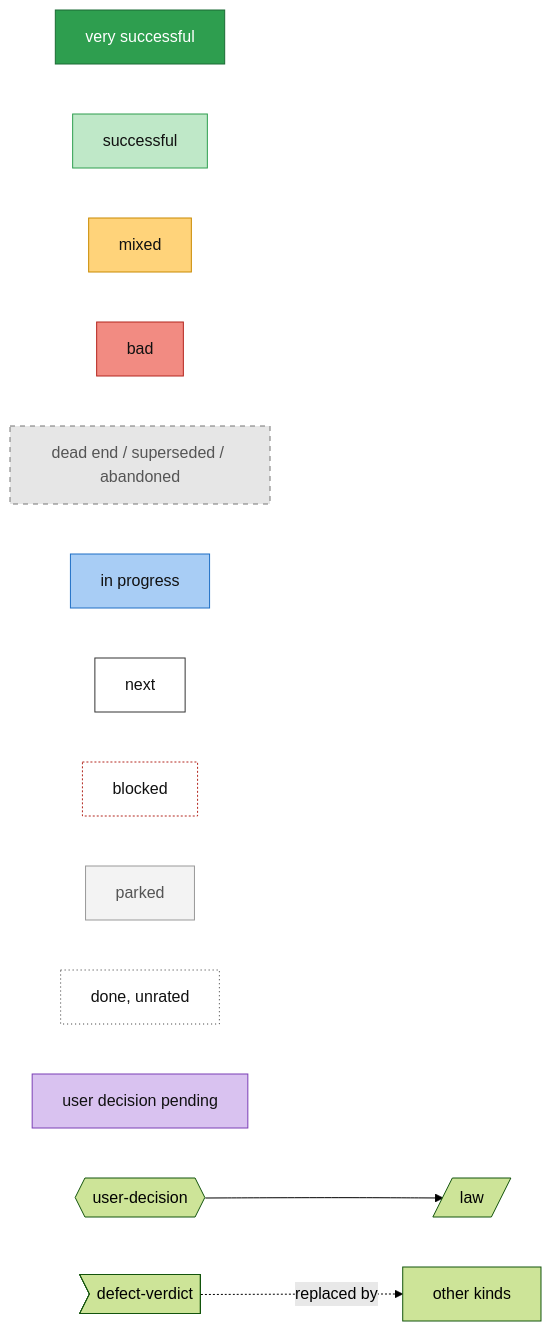
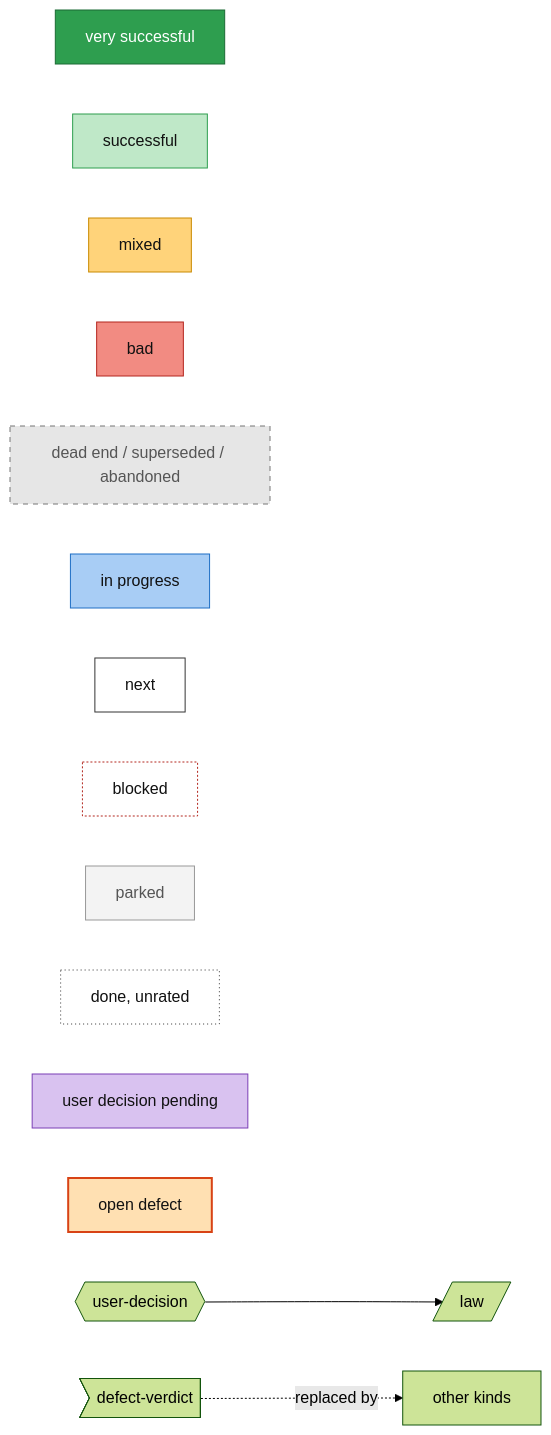
The first of 14 diagrams in docs/roadmap.md (lhns/raptorpath), drawn with Mermaid (forest theme) before and after one commit. The commit also changed other lines of this file and 4 other files, not shown here.

Commit message:
roadmap: reviewed tree - 214 nodes (176 history, 38 forward), plain-language sentences, VM queue as order, open defects, coverage of every plan item; readiness: an open defect does not block its diagnosis

````diff
--- a/docs/roadmap.md
+++ b/docs/roadmap.md
@@ -20,43 +20,46 @@
 ```mermaid
 flowchart LR
     lg_vsucc["very successful"]
     lg_succ["successful"]
     lg_mixed["mixed"]
     lg_bad["bad"]
     lg_dead["dead end / superseded / abandoned"]
     lg_inprog["in progress"]
     lg_next["next"]
     lg_blocked["blocked"]
     lg_parked["parked"]
     lg_unrated["done, unrated"]
     lg_userdec["user decision pending"]
+    lg_defect["open defect"]
     lg_k1{{"user-decision"}}
     lg_k2[/"law"/]
     lg_k3>"defect-verdict"]
     lg_k4["other kinds"]
     lg_k1 --> lg_k2
     lg_k3 -.->|replaced by| lg_k4
     classDef vsucc fill:#2e9e4f,stroke:#1b6b34,color:#fff
     classDef succ fill:#bfe8c8,stroke:#2e9e4f,color:#111
     classDef mixed fill:#ffd37a,stroke:#c98a00,color:#111
     classDef bad fill:#f28b82,stroke:#b3261e,color:#111
     classDef dead fill:#e6e6e6,stroke:#777,stroke-dasharray:5 5,color:#555
     classDef inprog fill:#a8cdf5,stroke:#1f6fc5,color:#111
     classDef next fill:#fff,stroke:#333,color:#111
     classDef blocked fill:#fff,stroke:#b3261e,stroke-dasharray:2 2,color:#111
     classDef parked fill:#f3f3f3,stroke:#999,color:#555
     classDef unrated fill:#fff,stroke:#333,stroke-dasharray:1 3,color:#111
     classDef userdec fill:#d9c2f0,stroke:#7b3fb5,color:#111
+    classDef defect fill:#ffe0b2,stroke:#d84315,stroke-width:2px,color:#111
     classDef stub fill:#fff,stroke:#aaa,stroke-dasharray:2 2,color:#777,font-size:11px
     class lg_vsucc vsucc
     class lg_succ succ
     class lg_mixed mixed
     class lg_bad bad
     class lg_dead dead
     class lg_inprog inprog
     class lg_next next
     class lg_blocked blocked
     class lg_parked parked
     class lg_unrated unrated
     class lg_userdec userdec
+    class lg_defect defect
 ```
````
